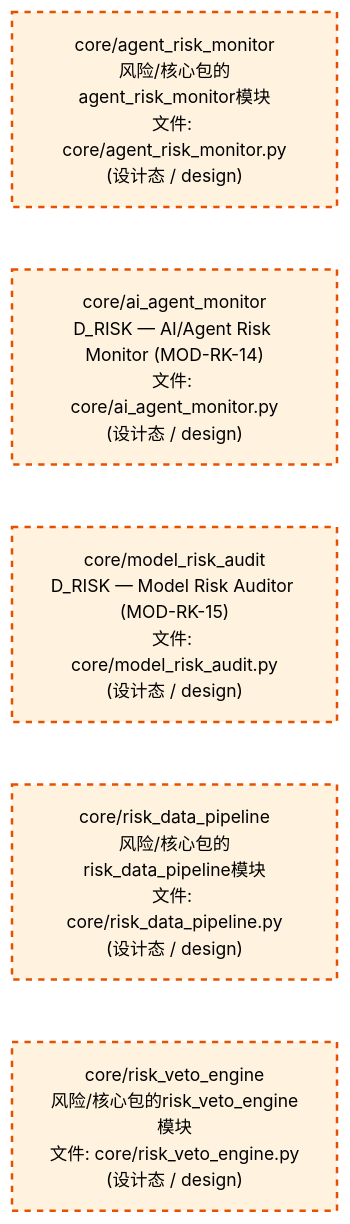
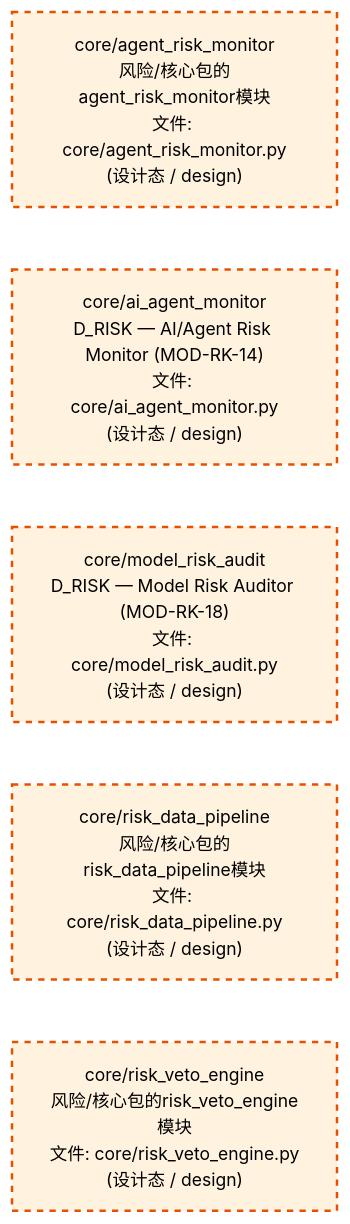
Before and after one commit to xuanFelixVan/ZephyrAlpha: the third of 4 diagrams in docs/02_enterprise_architecture/02_domain_architecture_docs/65_d_risk.md, drawn with Mermaid. The commit also changed other lines of this file and 50 other files, not shown here.

````diff
--- a/docs/02_enterprise_architecture/02_domain_architecture_docs/65_d_risk.md
+++ b/docs/02_enterprise_architecture/02_domain_architecture_docs/65_d_risk.md
@@ -334,18 +372,18 @@
 ```mermaid
 %%{init: {'theme': 'base', 'themeVariables': {'primaryColor': '#eaeaea', 'primaryTextColor': '#333333', 'primaryBorderColor': '#666666', 'lineColor': '#666666', 'secondaryColor': '#eaeaea', 'tertiaryColor': '#eaeaea', 'fontSize': '14px'}}}%%
 flowchart TD
     src_zephyr_risk_core_agent_risk_monitor_py["core/agent_risk_monitor<br/>风险/核心包的agent_risk_monitor模块<br/>文件: core/agent_risk_monitor.py<br/>(设计态 / design)"]
     src_zephyr_risk_core_ai_agent_monitor_py["core/ai_agent_monitor<br/>D_RISK — AI/Agent Risk Monitor (MOD-RK-14)<br/>文件: core/ai_agent_monitor.py<br/>(设计态 / design)"]
-    src_zephyr_risk_core_model_risk_audit_py["core/model_risk_audit<br/>D_RISK — Model Risk Auditor (MOD-RK-15)<br/>文件: core/model_risk_audit.py<br/>(设计态 / design)"]
+    src_zephyr_risk_core_model_risk_audit_py["core/model_risk_audit<br/>D_RISK — Model Risk Auditor (MOD-RK-18)<br/>文件: core/model_risk_audit.py<br/>(设计态 / design)"]
     src_zephyr_risk_core_risk_data_pipeline_py["core/risk_data_pipeline<br/>风险/核心包的risk_data_pipeline模块<br/>文件: core/risk_data_pipeline.py<br/>(设计态 / design)"]
     src_zephyr_risk_core_risk_veto_engine_py["core/risk_veto_engine<br/>风险/核心包的risk_veto_engine模块<br/>文件: core/risk_veto_engine.py<br/>(设计态 / design)"]
     src_zephyr_risk_core_agent_risk_monitor_py ~~~ src_zephyr_risk_core_ai_agent_monitor_py
     src_zephyr_risk_core_ai_agent_monitor_py ~~~ src_zephyr_risk_core_model_risk_audit_py
     src_zephyr_risk_core_model_risk_audit_py ~~~ src_zephyr_risk_core_risk_data_pipeline_py
     src_zephyr_risk_core_risk_data_pipeline_py ~~~ src_zephyr_risk_core_risk_veto_engine_py
     classDef production fill:#e1f5fe,stroke:#01579b,stroke-width:2px,color:#000
     classDef design fill:#fff3e0,stroke:#e65100,stroke-width:2px,color:#000,stroke-dasharray: 5 5
     classDef external_prod fill:#e8f4fd,stroke:#0277bd,stroke-width:1px,color:#000
     classDef external_design fill:#fff8e7,stroke:#ef6c00,stroke-width:1px,color:#000,stroke-dasharray: 5 5
     class src_zephyr_risk_core_agent_risk_monitor_py,src_zephyr_risk_core_ai_agent_monitor_py,src_zephyr_risk_core_model_risk_audit_py,src_zephyr_risk_core_risk_data_pipeline_py,src_zephyr_risk_core_risk_veto_engine_py design
 ```
````
